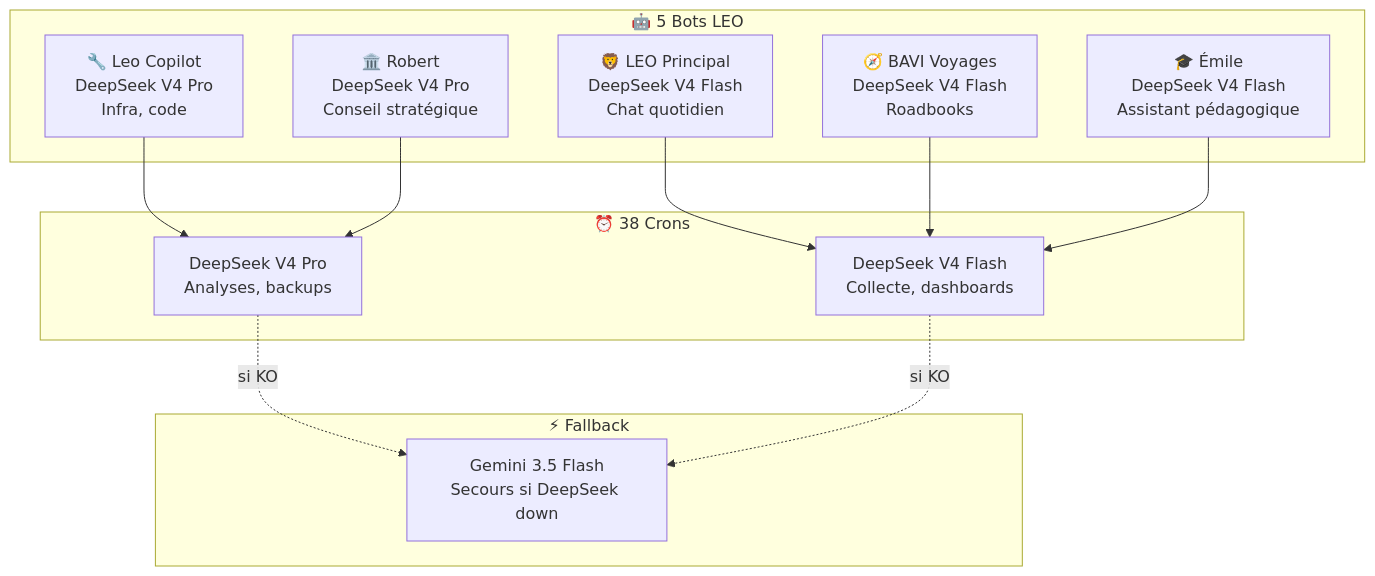
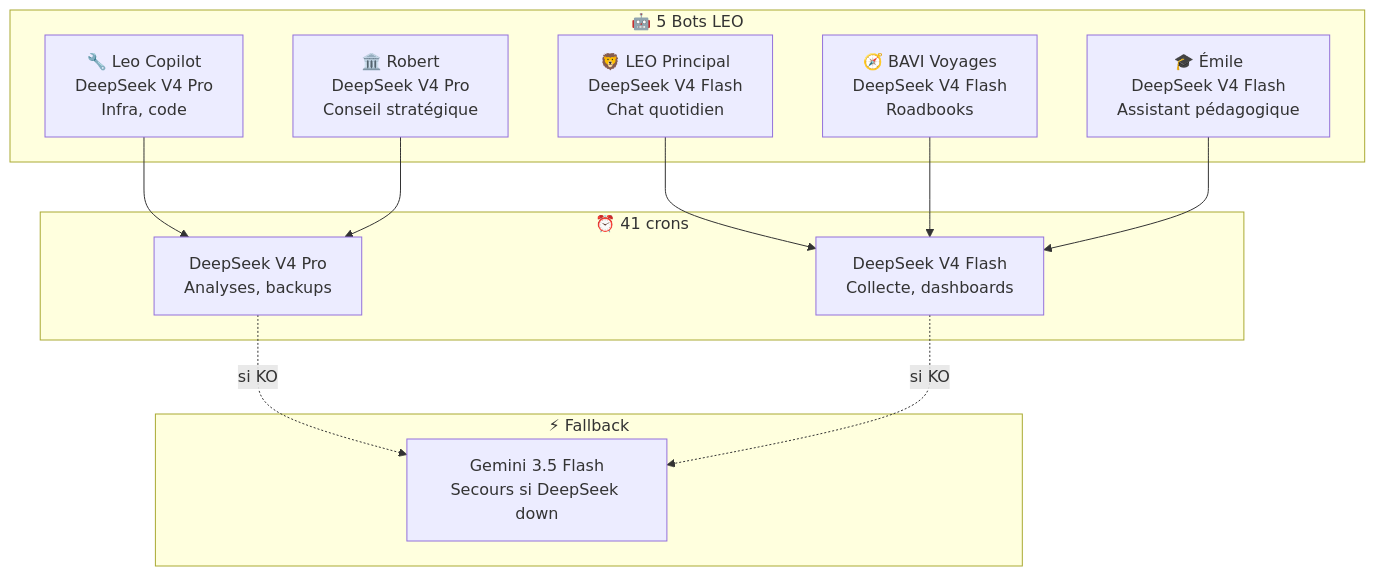
The third of 3 diagrams in docs/hermes/decisions/pourquoi-deepseek-pas-gemini.md (christophedanhier-hash/hermes-wiki), drawn with Mermaid before and after one commit. The commit also changed 9 other files, not shown here.

````diff
--- a/docs/hermes/decisions/pourquoi-deepseek-pas-gemini.md
+++ b/docs/hermes/decisions/pourquoi-deepseek-pas-gemini.md
@@ -132,23 +132,23 @@
 ```mermaid
 flowchart TB
     subgraph BOTS["🤖 5 Bots LEO"]
         MAIN["🦁 LEO Principal\nDeepSeek V4 Flash\nChat quotidien"]
         COPILOT["🔧 Leo Copilot\nDeepSeek V4 Pro\nInfra, code"]
         BAVI["🧭 BAVI Voyages\nDeepSeek V4 Flash\nRoadbooks"]
         EMILE["🎓 Émile\nDeepSeek V4 Flash\nAssistant pédagogique"]
         ROBERT["🏛️ Robert\nDeepSeek V4 Pro\nConseil stratégique"]
     end
 
     subgraph BACKUP["⚡ Fallback"]
         GEMINI["Gemini 3.5 Flash\nSecours si DeepSeek down"]
     end
 
-    subgraph CRONS["⏰ 38 Crons"]
+    subgraph CRONS["⏰ 41 crons"]
         DS_PRO["DeepSeek V4 Pro\nAnalyses, backups"]
         DS_FLASH["DeepSeek V4 Flash\nCollecte, dashboards"]
     end
 
     MAIN & BAVI & EMILE --> DS_FLASH
     COPILOT & ROBERT --> DS_PRO
     DS_PRO & DS_FLASH -.->|si KO| GEMINI
 ```
````
